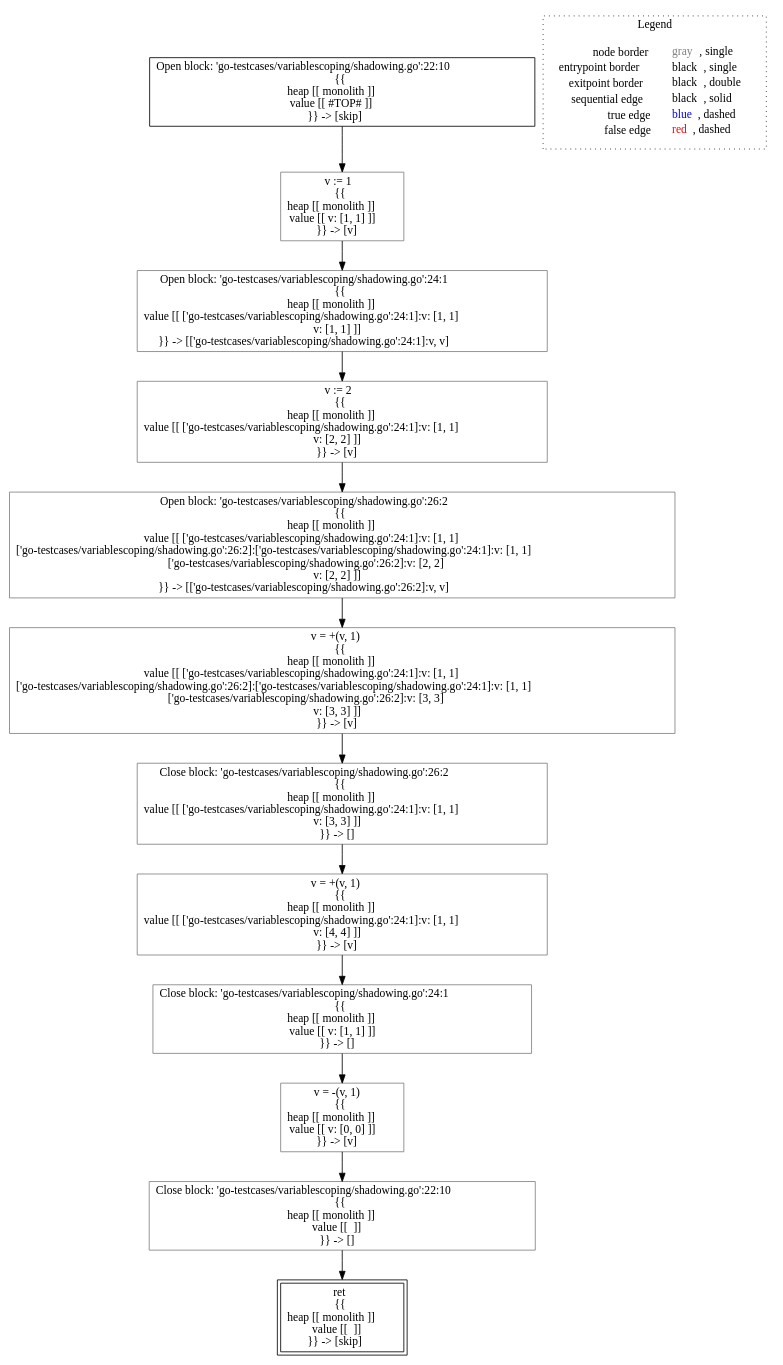
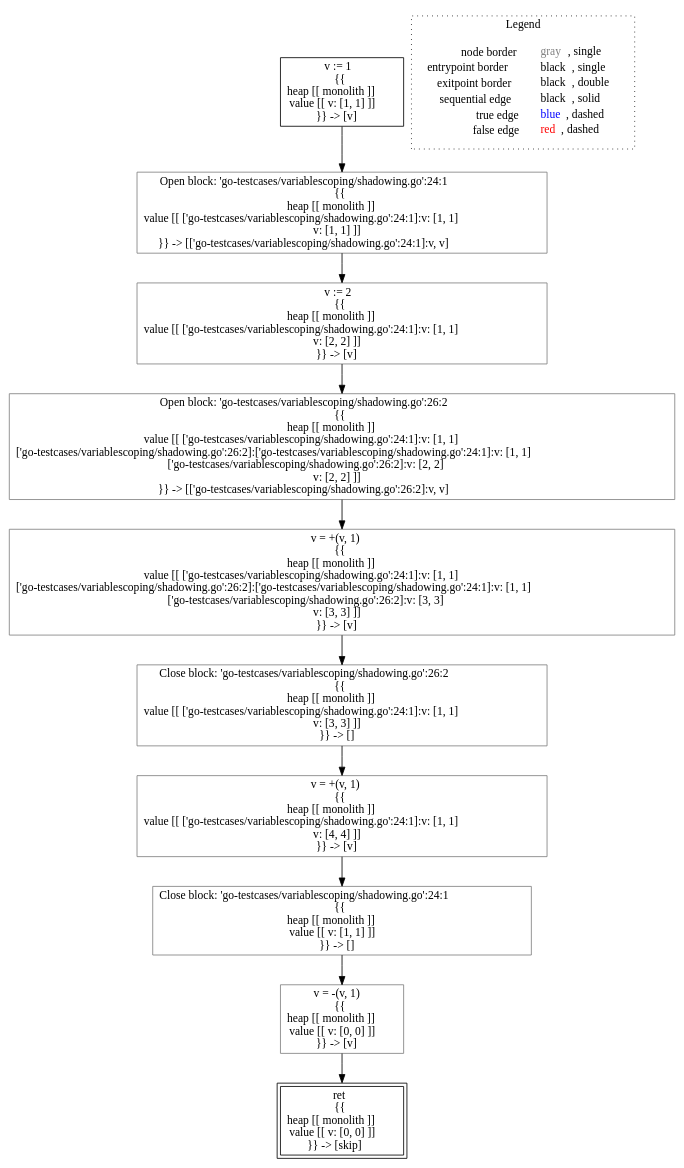
One commit to lisa-analyzer/go-lisa changed the diagram in go-lisa/go-testcases/variablescoping/analysis___untyped_~LiSAProgram.m3().dot. Above: the diagram before and after it, drawn with Graphviz. The commit also changed 8 other files, not shown here.

Commit message:
fixing open and close blocks on functions and methods

```diff
--- a/go-lisa/go-testcases/variablescoping/analysis___untyped_~LiSAProgram.m3().dot
+++ b/go-lisa/go-testcases/variablescoping/analysis___untyped_~LiSAProgram.m3().dot
@@ -1,32 +1,28 @@
 digraph {
-	"node0" [shape="rect",color="black",label=<Open block: 'go-testcases/variablescoping/shadowing.go':22:10<BR/>{{<BR/>heap [[ monolith ]]<BR/>value [[ #TOP# ]]<BR/>}} -&gt; [skip]>];
-	"node1" [shape="rect",color="gray",label=<Close block: 'go-testcases/variablescoping/shadowing.go':22:10<BR/>{{<BR/>heap [[ monolith ]]<BR/>value [[  ]]<BR/>}} -&gt; []>];
-	"node2" [shape="rect",color="black",peripheries="2",label=<ret<BR/>{{<BR/>heap [[ monolith ]]<BR/>value [[  ]]<BR/>}} -&gt; [skip]>];
-	"node3" [shape="rect",color="gray",label=<v := 1<BR/>{{<BR/>heap [[ monolith ]]<BR/>value [[ v: [1, 1] ]]<BR/>}} -&gt; [v]>];
-	"node4" [shape="rect",color="gray",label=<v = -(v, 1)<BR/>{{<BR/>heap [[ monolith ]]<BR/>value [[ v: [0, 0] ]]<BR/>}} -&gt; [v]>];
-	"node5" [shape="rect",color="gray",label=<Open block: 'go-testcases/variablescoping/shadowing.go':26:2<BR/>{{<BR/>heap [[ monolith ]]<BR/>value [[ ['go-testcases/variablescoping/shadowing.go':24:1]:v: [1, 1]<BR/>['go-testcases/variablescoping/shadowing.go':26:2]:['go-testcases/variablescoping/shadowing.go':24:1]:v: [1, 1]<BR/>['go-testcases/variablescoping/shadowing.go':26:2]:v: [2, 2]<BR/>v: [2, 2] ]]<BR/>}} -&gt; [['go-testcases/variablescoping/shadowing.go':26:2]:v, v]>];
+	"node0" [shape="rect",color="black",label=<v := 1<BR/>{{<BR/>heap [[ monolith ]]<BR/>value [[ v: [1, 1] ]]<BR/>}} -&gt; [v]>];
+	"node1" [shape="rect",color="gray",label=<Open block: 'go-testcases/variablescoping/shadowing.go':26:2<BR/>{{<BR/>heap [[ monolith ]]<BR/>value [[ ['go-testcases/variablescoping/shadowing.go':24:1]:v: [1, 1]<BR/>['go-testcases/variablescoping/shadowing.go':26:2]:['go-testcases/variablescoping/shadowing.go':24:1]:v: [1, 1]<BR/>['go-testcases/variablescoping/shadowing.go':26:2]:v: [2, 2]<BR/>v: [2, 2] ]]<BR/>}} -&gt; [['go-testcases/variablescoping/shadowing.go':26:2]:v, v]>];
+	"node2" [shape="rect",color="gray",label=<Close block: 'go-testcases/variablescoping/shadowing.go':26:2<BR/>{{<BR/>heap [[ monolith ]]<BR/>value [[ ['go-testcases/variablescoping/shadowing.go':24:1]:v: [1, 1]<BR/>v: [3, 3] ]]<BR/>}} -&gt; []>];
+	"node3" [shape="rect",color="gray",label=<v = +(v, 1)<BR/>{{<BR/>heap [[ monolith ]]<BR/>value [[ ['go-testcases/variablescoping/shadowing.go':24:1]:v: [1, 1]<BR/>['go-testcases/variablescoping/shadowing.go':26:2]:['go-testcases/variablescoping/shadowing.go':24:1]:v: [1, 1]<BR/>['go-testcases/variablescoping/shadowing.go':26:2]:v: [3, 3]<BR/>v: [3, 3] ]]<BR/>}} -&gt; [v]>];
+	"node4" [shape="rect",color="gray",label=<Close block: 'go-testcases/variablescoping/shadowing.go':24:1<BR/>{{<BR/>heap [[ monolith ]]<BR/>value [[ v: [1, 1] ]]<BR/>}} -&gt; []>];
+	"node5" [shape="rect",color="black",peripheries="2",label=<ret<BR/>{{<BR/>heap [[ monolith ]]<BR/>value [[ v: [0, 0] ]]<BR/>}} -&gt; [skip]>];
 	"node6" [shape="rect",color="gray",label=<v = +(v, 1)<BR/>{{<BR/>heap [[ monolith ]]<BR/>value [[ ['go-testcases/variablescoping/shadowing.go':24:1]:v: [1, 1]<BR/>v: [4, 4] ]]<BR/>}} -&gt; [v]>];
-	"node7" [shape="rect",color="gray",label=<Close block: 'go-testcases/variablescoping/shadowing.go':26:2<BR/>{{<BR/>heap [[ monolith ]]<BR/>value [[ ['go-testcases/variablescoping/shadowing.go':24:1]:v: [1, 1]<BR/>v: [3, 3] ]]<BR/>}} -&gt; []>];
-	"node8" [shape="rect",color="gray",label=<Close block: 'go-testcases/variablescoping/shadowing.go':24:1<BR/>{{<BR/>heap [[ monolith ]]<BR/>value [[ v: [1, 1] ]]<BR/>}} -&gt; []>];
-	"node9" [shape="rect",color="gray",label=<v := 2<BR/>{{<BR/>heap [[ monolith ]]<BR/>value [[ ['go-testcases/variablescoping/shadowing.go':24:1]:v: [1, 1]<BR/>v: [2, 2] ]]<BR/>}} -&gt; [v]>];
-	"node10" [shape="rect",color="gray",label=<v = +(v, 1)<BR/>{{<BR/>heap [[ monolith ]]<BR/>value [[ ['go-testcases/variablescoping/shadowing.go':24:1]:v: [1, 1]<BR/>['go-testcases/variablescoping/shadowing.go':26:2]:['go-testcases/variablescoping/shadowing.go':24:1]:v: [1, 1]<BR/>['go-testcases/variablescoping/shadowing.go':26:2]:v: [3, 3]<BR/>v: [3, 3] ]]<BR/>}} -&gt; [v]>];
-	"node11" [shape="rect",color="gray",label=<Open block: 'go-testcases/variablescoping/shadowing.go':24:1<BR/>{{<BR/>heap [[ monolith ]]<BR/>value [[ ['go-testcases/variablescoping/shadowing.go':24:1]:v: [1, 1]<BR/>v: [1, 1] ]]<BR/>}} -&gt; [['go-testcases/variablescoping/shadowing.go':24:1]:v, v]>];
-	"node0" -> "node3" [color="black"];
-	"node1" -> "node2" [color="black"];
-	"node3" -> "node11" [color="black"];
-	"node4" -> "node1" [color="black"];
-	"node5" -> "node10" [color="black"];
-	"node6" -> "node8" [color="black"];
-	"node7" -> "node6" [color="black"];
-	"node8" -> "node4" [color="black"];
+	"node7" [shape="rect",color="gray",label=<v := 2<BR/>{{<BR/>heap [[ monolith ]]<BR/>value [[ ['go-testcases/variablescoping/shadowing.go':24:1]:v: [1, 1]<BR/>v: [2, 2] ]]<BR/>}} -&gt; [v]>];
+	"node8" [shape="rect",color="gray",label=<Open block: 'go-testcases/variablescoping/shadowing.go':24:1<BR/>{{<BR/>heap [[ monolith ]]<BR/>value [[ ['go-testcases/variablescoping/shadowing.go':24:1]:v: [1, 1]<BR/>v: [1, 1] ]]<BR/>}} -&gt; [['go-testcases/variablescoping/shadowing.go':24:1]:v, v]>];
+	"node9" [shape="rect",color="gray",label=<v = -(v, 1)<BR/>{{<BR/>heap [[ monolith ]]<BR/>value [[ v: [0, 0] ]]<BR/>}} -&gt; [v]>];
+	"node1" -> "node3" [color="black"];
+	"node2" -> "node6" [color="black"];
+	"node3" -> "node2" [color="black"];
+	"node4" -> "node9" [color="black"];
+	"node0" -> "node8" [color="black"];
+	"node6" -> "node4" [color="black"];
+	"node7" -> "node1" [color="black"];
+	"node8" -> "node7" [color="black"];
 	"node9" -> "node5" [color="black"];
-	"node10" -> "node7" [color="black"];
-	"node11" -> "node9" [color="black"];
 subgraph cluster_legend {
 	label="Legend";
 	style=dotted;
 	node [shape=plaintext];
 	"legend" [label=<<table border="0" cellpadding="2" cellspacing="0" cellborder="0"><tr><td align="right">node border&nbsp;</td><td align="left"><font color="gray">gray</font>, single</td></tr><tr><td align="right">entrypoint border&nbsp;</td><td align="left"><font color="black">black</font>, single</td></tr><tr><td align="right">exitpoint border&nbsp;</td><td align="left"><font color="black">black</font>, double</td></tr><tr><td align="right">sequential edge&nbsp;</td><td align="left"><font color="black">black</font>, solid</td></tr><tr><td align="right">true edge&nbsp;</td><td align="left"><font color="blue">blue</font>, dashed</td></tr><tr><td align="right">false edge&nbsp;</td><td align="left"><font color="red">red</font>, dashed</td></tr></table>>];
 }
 
 }
```
